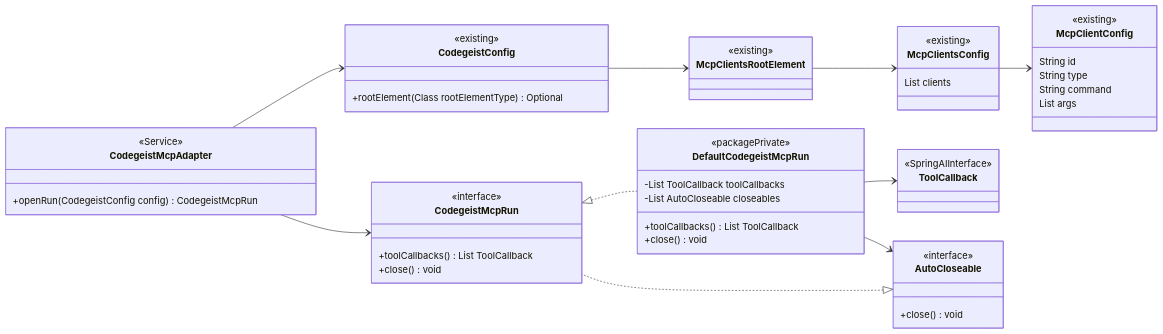
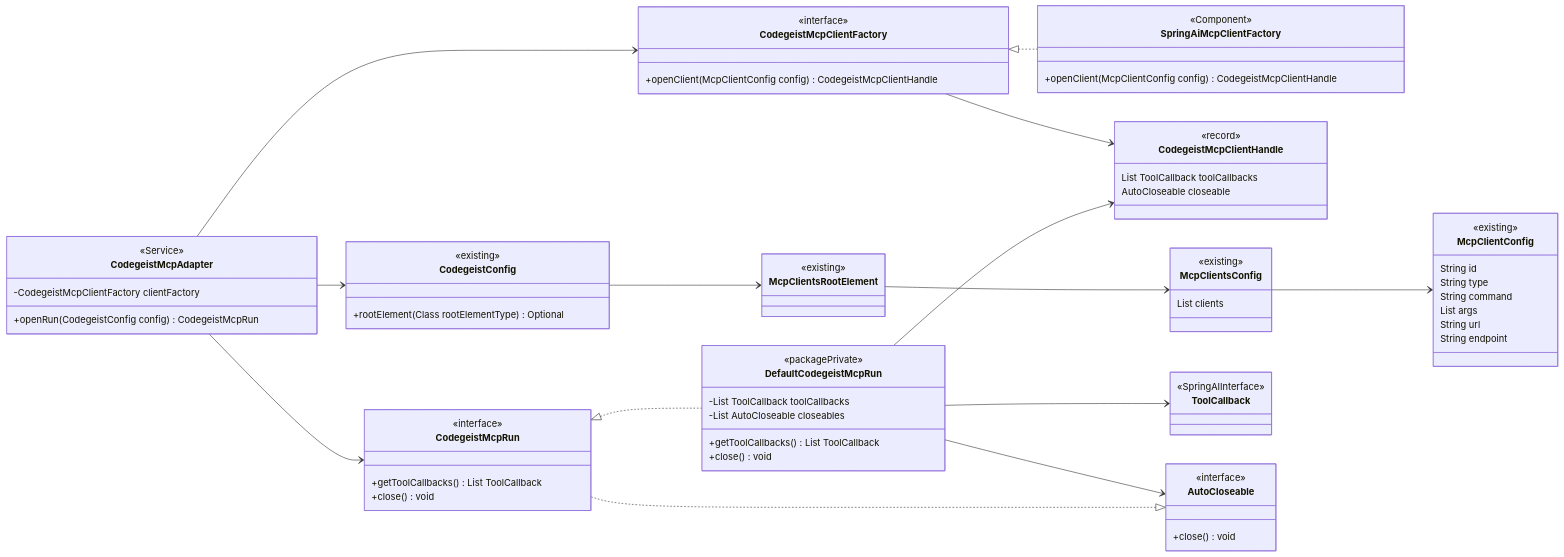
One commit to codegeist-ai/codegeist changed the fourth of 6 diagrams in docs/tasks/T007_build-codegeist-runtime-harness/mcp-and-readwrite-tools-implementation-plan.md. Above: the diagram before and after it, drawn with Mermaid. The commit also changed other lines of this file and 55 other files, not shown here.

First line of the commit message:
feat(mcp): add remote MCP callback bridge

````diff
--- a/docs/tasks/T007_build-codegeist-runtime-harness/mcp-and-readwrite-tools-implementation-plan.md
+++ b/docs/tasks/T007_build-codegeist-runtime-harness/mcp-and-readwrite-tools-implementation-plan.md
@@ -414,12 +417,32 @@
     class CodegeistMcpAdapter {
       <<Service>>
       <<Slf4j>>
+      -CodegeistMcpClientFactory clientFactory
       +openRun(CodegeistConfig config) CodegeistMcpRun
+    }
+
+    class CodegeistMcpClientFactory {
+      <<interface>>
+      <<packagePrivate>>
+      +openClient(McpClientConfig config) CodegeistMcpClientHandle
+    }
+
+    class SpringAiMcpClientFactory {
+      <<Component>>
+      <<packagePrivate>>
+      +openClient(McpClientConfig config) CodegeistMcpClientHandle
+    }
+
+    class CodegeistMcpClientHandle {
+      <<record>>
+      <<packagePrivate>>
+      List ToolCallback toolCallbacks
+      AutoCloseable closeable
     }
 
     class CodegeistMcpRun {
       <<interface>>
-      +toolCallbacks() List ToolCallback
+      +getToolCallbacks() List ToolCallback
       +close() void
     }
 
@@ -427,7 +450,7 @@
       <<packagePrivate>>
       -List ToolCallback toolCallbacks
       -List AutoCloseable closeables
-      +toolCallbacks() List ToolCallback
+      +getToolCallbacks() List ToolCallback
       +close() void
     }
 
@@ -451,6 +474,8 @@
       String type
       String command
       List args
+      String url
+      String endpoint
     }
 
     class ToolCallback {
@@ -467,8 +492,12 @@
     McpClientsRootElement --> McpClientsConfig
     McpClientsConfig --> McpClientConfig
     CodegeistMcpAdapter --> CodegeistMcpRun
+    CodegeistMcpAdapter --> CodegeistMcpClientFactory
+    CodegeistMcpClientFactory <|.. SpringAiMcpClientFactory
+    CodegeistMcpClientFactory --> CodegeistMcpClientHandle
     CodegeistMcpRun <|.. DefaultCodegeistMcpRun
     AutoCloseable <|.. CodegeistMcpRun
     DefaultCodegeistMcpRun --> ToolCallback
     DefaultCodegeistMcpRun --> AutoCloseable
+    DefaultCodegeistMcpRun --> CodegeistMcpClientHandle
 ```
````
